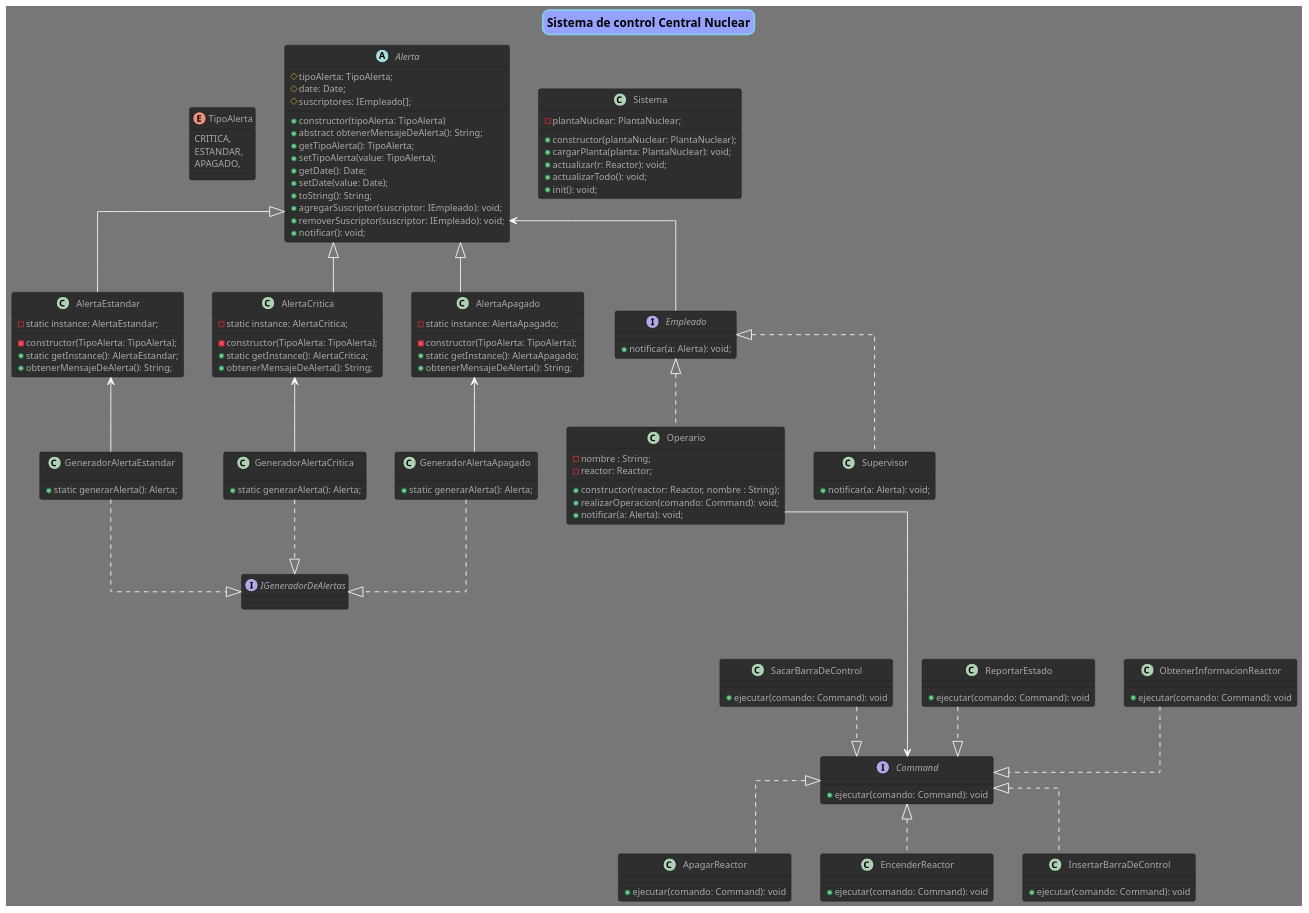
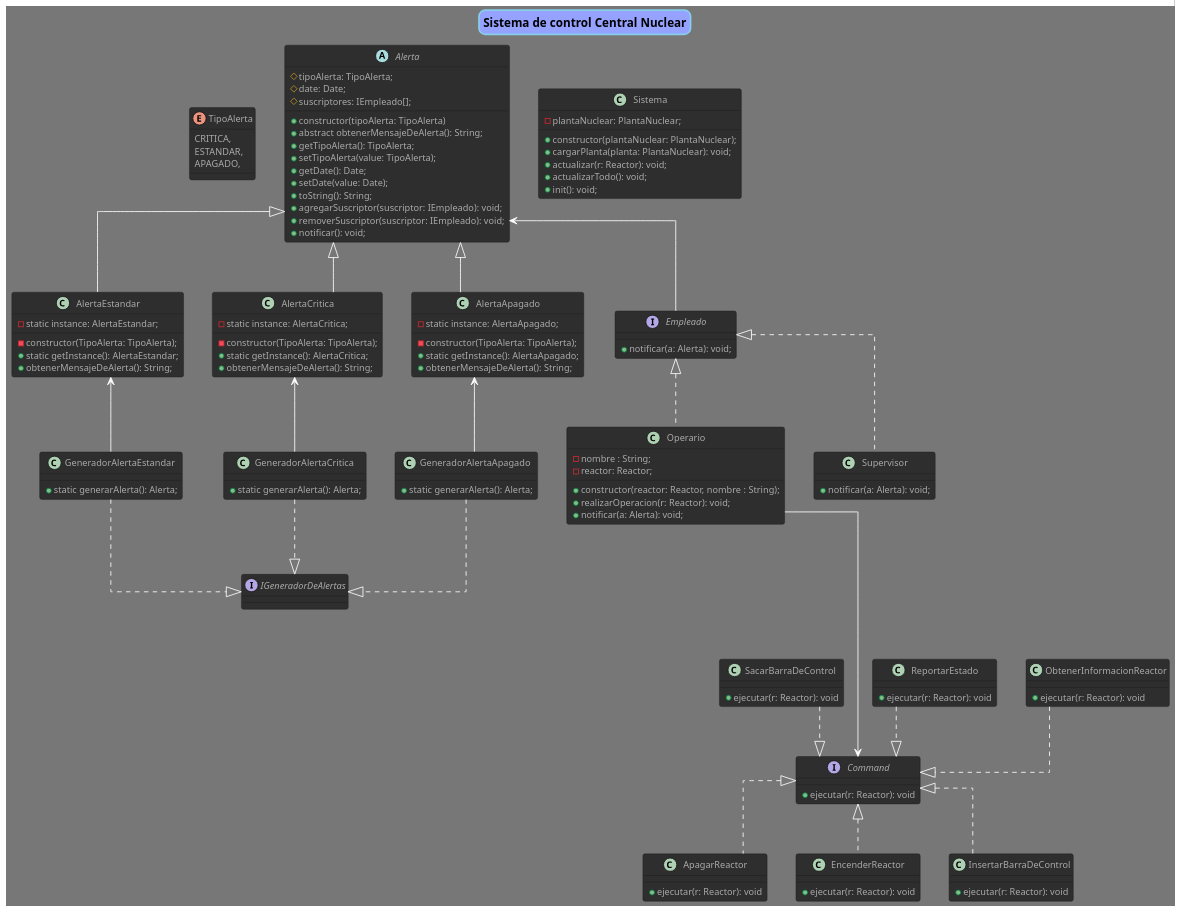
Before and after one commit to fmiguezo/reactor_nuclear: the diagram in diagrams/clases_sistema_control.puml, drawn with PlantUML. The commit also changed 1 other file, not shown here.

Commit message:
secuencia de alerta hasta q se apaga el reactor

```diff
--- a/diagrams/clases_sistema_control.puml
+++ b/diagrams/clases_sistema_control.puml
@@ -1,161 +1,161 @@
 @startuml Tp
 
 title "Sistema de control Central Nuclear"
 !theme reddress-darkblue
 scale 1.3
 skinparam Linetype ortho
 
 skinparam titleBorderRoundCorner 15
 skinparam titleBorderThickness 2
 skinparam titleBorderColor skyBlue
 skinparam titleBackgroundColor #96a2ff
 
 
 
 interface Command {
-    +ejecutar(comando: Command): void
+    +ejecutar(r: Reactor): void
 }
 
 class ApagarReactor {
-    +ejecutar(comando: Command): void
+    +ejecutar(r: Reactor): void
 }
 
 class EncenderReactor {
-    +ejecutar(comando: Command): void
+    +ejecutar(r: Reactor): void
 }
 
 class InsertarBarraDeControl {
-    +ejecutar(comando: Command): void
+    +ejecutar(r: Reactor): void
 }
 
 class ObtenerInformacionReactor {
-    +ejecutar(comando: Command): void
+    +ejecutar(r: Reactor): void
 }
 
 class ReportarEstado {
-    +ejecutar(comando: Command): void
+    +ejecutar(r: Reactor): void
 }
 
 class SacarBarraDeControl {
-    +ejecutar(comando: Command): void
+    +ejecutar(r: Reactor): void
 }
 
 abstract class Alerta {
     #tipoAlerta: TipoAlerta;
     #date: Date;
     #suscriptores: IEmpleado[];
 
     +constructor(tipoAlerta: TipoAlerta)
     +abstract obtenerMensajeDeAlerta(): String;
     +getTipoAlerta(): TipoAlerta;
     +setTipoAlerta(value: TipoAlerta);
     +getDate(): Date;
     +setDate(value: Date);
     +toString(): String;
     +agregarSuscriptor(suscriptor: IEmpleado): void;
     +removerSuscriptor(suscriptor: IEmpleado): void;
     +notificar(): void;
 }
 
 class AlertaApagado {
     -static instance: AlertaApagado;
 
     -constructor(TipoAlerta: TipoAlerta);
     +static getInstance(): AlertaApagado;
     +obtenerMensajeDeAlerta(): String;
 }
 
 class AlertaCritica {
     -static instance: AlertaCritica;
 
     -constructor(TipoAlerta: TipoAlerta);
     +static getInstance(): AlertaCritica;
     +obtenerMensajeDeAlerta(): String;
 }
 
 class AlertaEstandar {
     -static instance: AlertaEstandar;
 
     -constructor(TipoAlerta: TipoAlerta);
     +static getInstance(): AlertaEstandar;
     +obtenerMensajeDeAlerta(): String;
 }
 
 interface IGeneradorDeAlertas {
     
 }
 
 class GeneradorAlertaApagado {
     +static generarAlerta(): Alerta;
 }
 
 class GeneradorAlertaCritica {
     +static generarAlerta(): Alerta;
 }
 
 class GeneradorAlertaEstandar {
     +static generarAlerta(): Alerta;
 }
 
 enum TipoAlerta {
     CRITICA,
     ESTANDAR,
     APAGADO,
 }
 
 interface Empleado {
     +notificar(a: Alerta): void;
 }
 
 class Operario {
     -nombre : String;
     -reactor: Reactor;
 
     +constructor(reactor: Reactor, nombre : String);
-    +realizarOperacion(comando: Command): void;
+    +realizarOperacion(r: Reactor): void;
     +notificar(a: Alerta): void;
 }
 
 class Supervisor {
     +notificar(a: Alerta): void;
 }
 
 class Sistema {
     -plantaNuclear: PlantaNuclear;
 
     +constructor(plantaNuclear: PlantaNuclear);
     +cargarPlanta(planta: PlantaNuclear): void;
     +actualizar(r: Reactor): void;
     +actualizarTodo(): void;
     +init(): void;
 }
 
 
 ' Relaciones
 Command <|.. ApagarReactor
 Command <|.. EncenderReactor
 Command <|.. InsertarBarraDeControl
 Command <|.u. ObtenerInformacionReactor
 Command <|.u. ReportarEstado
 Command <|.u. SacarBarraDeControl
 
 Operario ----> Command
 
 Alerta <|-- AlertaApagado
 Alerta <|-- AlertaCritica
 Alerta <|-- AlertaEstandar
 Alerta -l[hidden]- TipoAlerta
 Alerta <-- Empleado
 
 IGeneradorDeAlertas <|.u. GeneradorAlertaApagado
 IGeneradorDeAlertas <|.u. GeneradorAlertaCritica
 IGeneradorDeAlertas <|.u. GeneradorAlertaEstandar
 
 GeneradorAlertaApagado -u-> AlertaApagado
 GeneradorAlertaCritica -u-> AlertaCritica
 GeneradorAlertaEstandar -u-> AlertaEstandar
 
 Empleado <|.. Operario
 Empleado <|.. Supervisor
 
 @enduml
```
